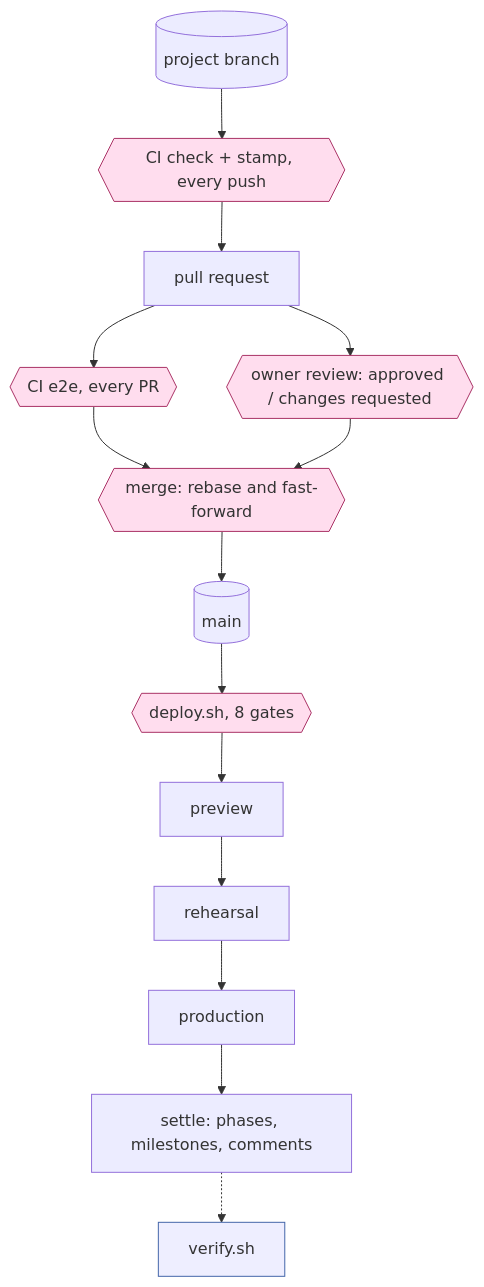
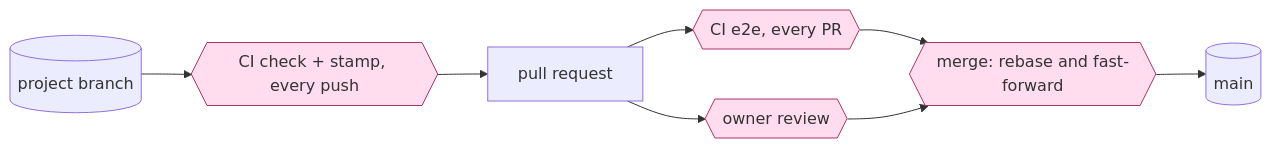
Before and after one commit to delphside/programme: the second of 8 diagrams in docs/changes/workstreams/delivery-tooling/383-one-board-model/flows.md, drawn with Mermaid. The commit also changed other lines of this file and 2 other files, not shown here.

First line of the commit message:
app 0.8.1 api 2.13: derive the model from the flows and the reports, not from the scripts

````diff
--- a/docs/changes/workstreams/delivery-tooling/383-one-board-model/flows.md
+++ b/docs/changes/workstreams/delivery-tooling/383-one-board-model/flows.md
@@ -81,19 +83,13 @@
 ```mermaid
-flowchart TD
+flowchart LR
   B[(project branch)] --> CI1{{CI check + stamp, every push}}
   CI1 --> PR[pull request]
   PR --> E2E{{CI e2e, every PR}}
-  PR --> REV{{owner review: approved / changes requested}}
+  PR --> REV{{owner review}}
   E2E --> MG{{merge: rebase and fast-forward}}
   REV --> MG
   MG --> M[(main)]
-  M --> DEP{{deploy.sh, 8 gates}}
-  DEP --> PREV[preview] --> REH[rehearsal] --> PROD[production]
-  PROD --> SET[settle: phases, milestones, comments]
-  SET -.-> V[verify.sh]
 
   classDef gate fill:#fde,stroke:#a36
-  classDef check fill:#eef,stroke:#46a
-  class CI1,E2E,REV,MG,DEP gate
-  class V check
+  class CI1,E2E,REV,MG gate
 ```
````
